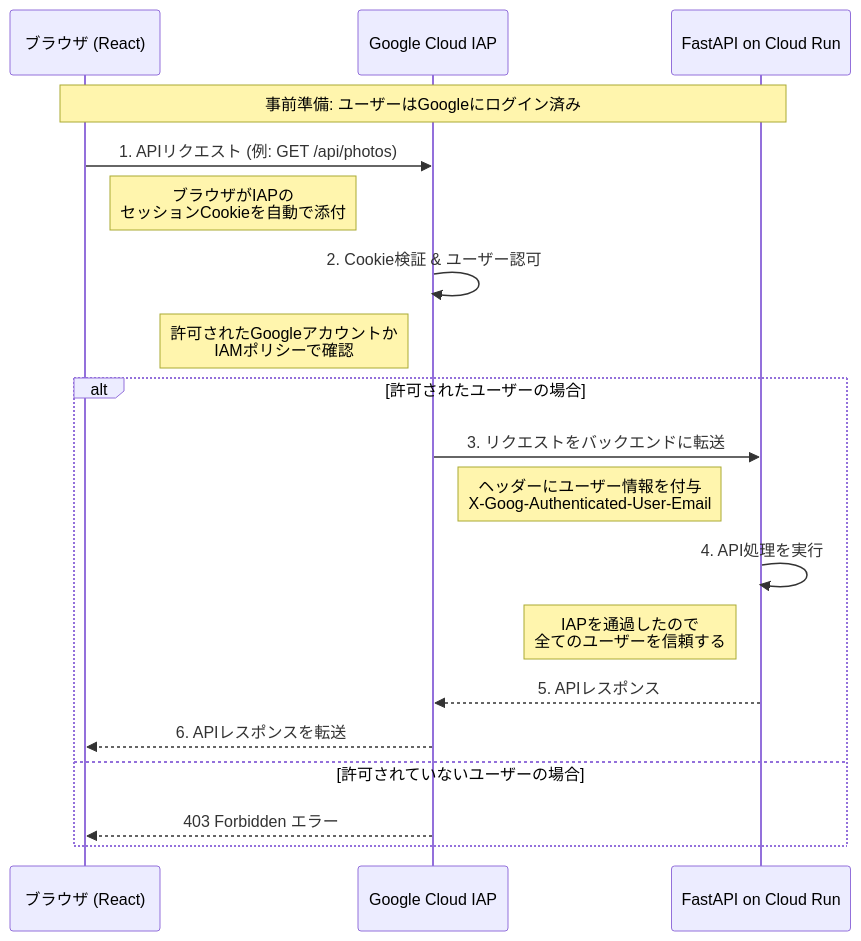
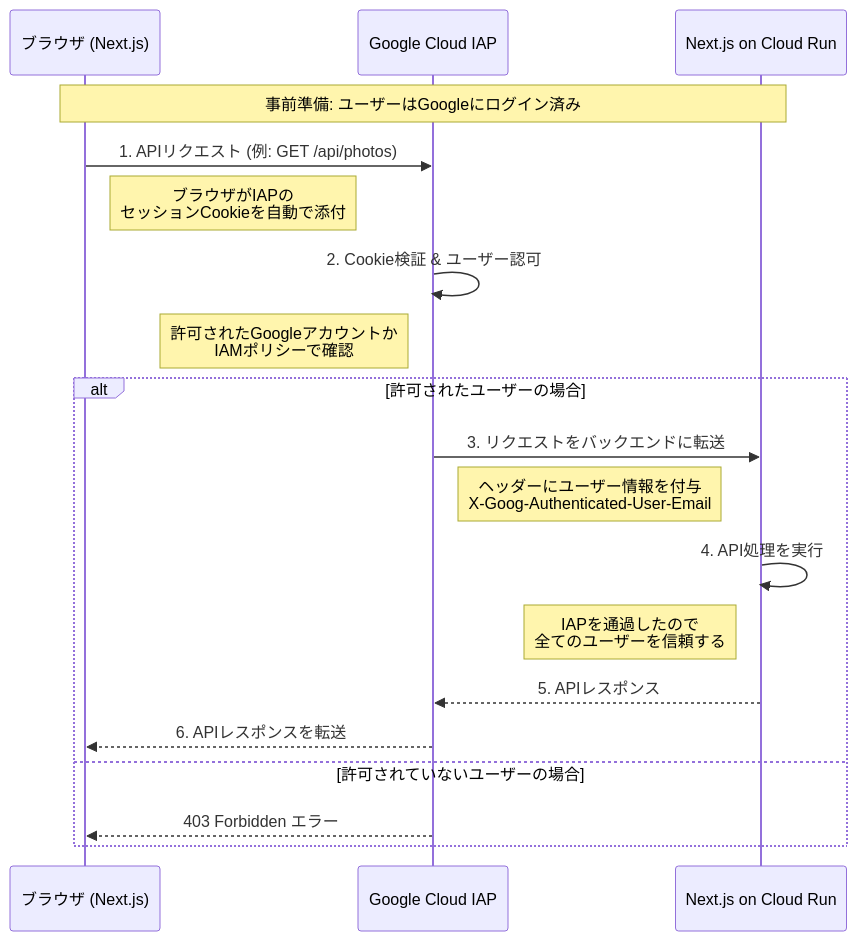
One commit to utky/preschool-agent changed the third of 4 diagrams in docs/design.md. Above: the diagram before and after it, drawn with Mermaid. The commit also changed other lines of this file and 2 other files, not shown here.

````diff
--- a/docs/design.md
+++ b/docs/design.md
@@ -281,25 +285,25 @@
 ```mermaid
 sequenceDiagram
-    participant Browser as ブラウザ (React)
+    participant Browser as ブラウザ (Next.js)
     participant IAP as Google Cloud IAP
-    participant FastAPI as FastAPI on Cloud Run
+    participant Next.js as Next.js on Cloud Run
 
-    Note over Browser, FastAPI: 事前準備: ユーザーはGoogleにログイン済み
+    Note over Browser, Next.js: 事前準備: ユーザーはGoogleにログイン済み
 
     Browser->>IAP: 1. APIリクエスト (例: GET /api/photos)
     Note right of Browser: ブラウザがIAPの<br>セッションCookieを自動で添付
 
     IAP->>IAP: 2. Cookie検証 & ユーザー認可
     Note left of IAP: 許可されたGoogleアカウントか<br>IAMポリシーで確認
 
     alt 許可されたユーザーの場合
-        IAP->>FastAPI: 3. リクエストをバックエンドに転送
+        IAP->>Next.js: 3. リクエストをバックエンドに転送
         Note right of IAP: ヘッダーにユーザー情報を付与<br>X-Goog-Authenticated-User-Email
-        FastAPI->>FastAPI: 4. API処理を実行
-        Note left of FastAPI: IAPを通過したので<br>全てのユーザーを信頼する
-        FastAPI-->>IAP: 5. APIレスポンス
+        Next.js->>Next.js: 4. API処理を実行
+        Note left of Next.js: IAPを通過したので<br>全てのユーザーを信頼する
+        Next.js-->>IAP: 5. APIレスポンス
         IAP-->>Browser: 6. APIレスポンスを転送
     else 許可されていないユーザーの場合
         IAP-->>Browser: 403 Forbidden エラー
     end
 ```
````
